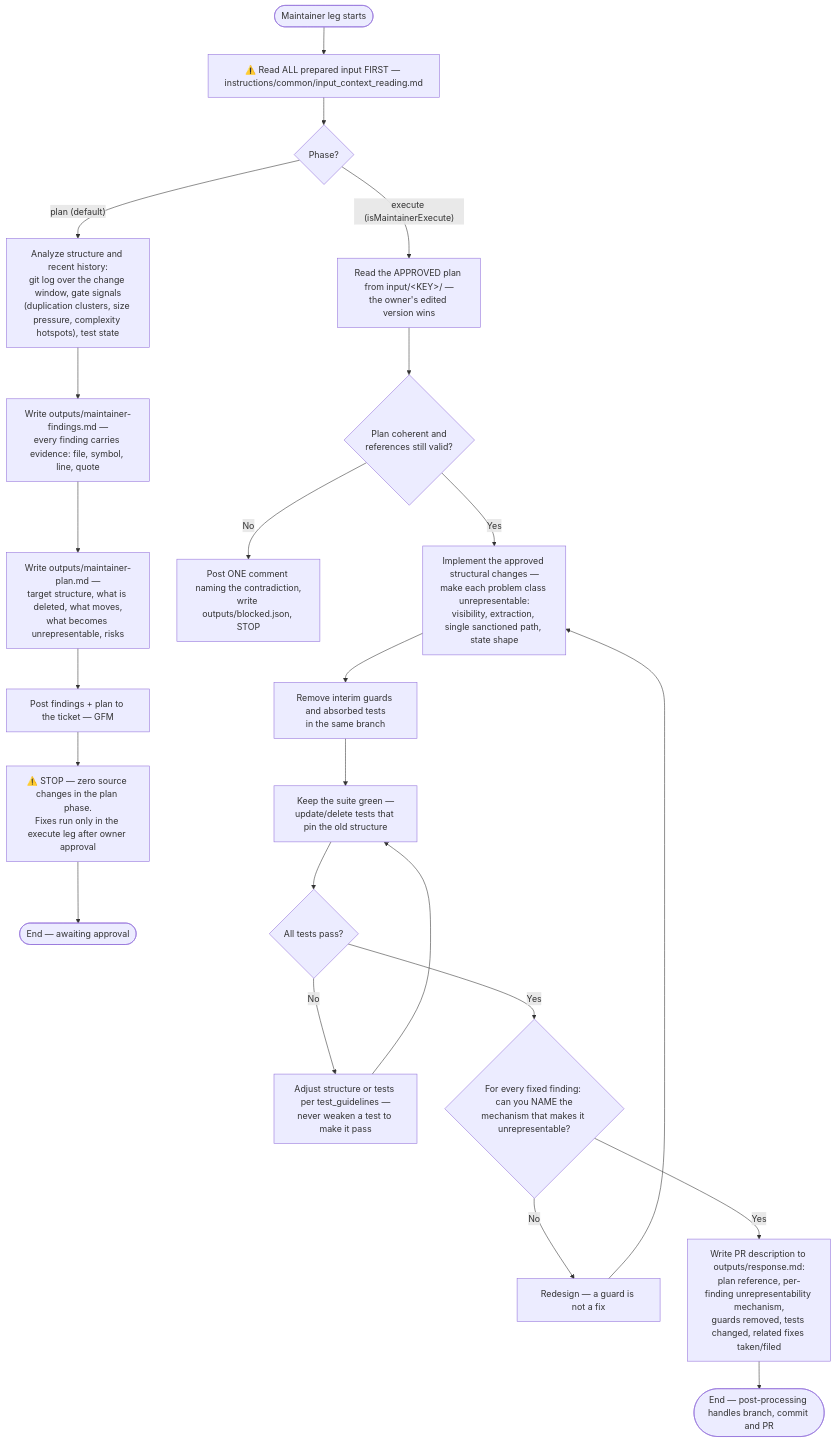
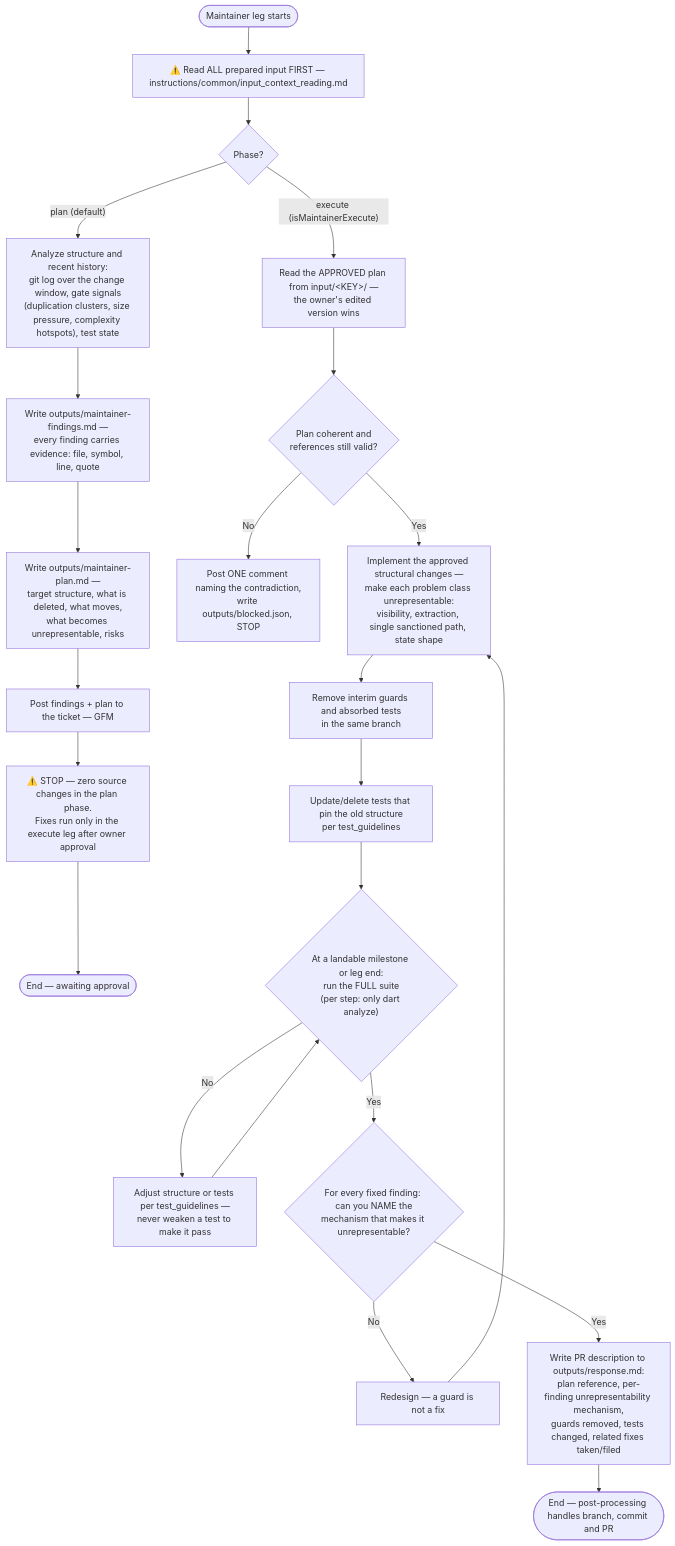
Before and after one commit to IstiN/dmtools-agents: the diagram in instructions/maintainer/general_guidelines.md, drawn with Mermaid. The commit also changed 2 other files, not shown here.

Commit message:
fix(maintainer): verification cadence — analyze per step, full suite at milestones only
Pilot finding (fa auto-compaction maintainer leg): the ambiguous 'Keep the
suite green' + 'each step independently landable' wording made the agent run
5 full 14k-test gates per leg (~60-70% of wall). Mid-rework states are
transit, not architecture: per step only 'dart analyze' (the affected-test
set is transitive — any targeted selection is a guess); the full suite runs
at the plan-marked landable milestone groups and before finishing; red
transit tests are reconciled at milestones by the test_guidelines
case-1/case-2 rule, never patched on transit (a mid-rework fix lands in a
shape the next step demolishes).

````diff
--- a/instructions/maintainer/general_guidelines.md
+++ b/instructions/maintainer/general_guidelines.md
@@ -1,25 +1,25 @@
 ```mermaid
 flowchart TD
     START([Maintainer leg starts]) --> READ["⚠️ Read ALL prepared input FIRST — instructions/common/input_context_reading.md"]
     READ --> PHASE{Phase?}
     PHASE -->|"plan (default)"| ANALYZE["Analyze structure and recent history:<br/>git log over the change window, gate signals<br/>(duplication clusters, size pressure, complexity hotspots), test state"]
     ANALYZE --> FINDINGS["Write outputs/maintainer-findings.md —<br/>every finding carries evidence: file, symbol, line, quote"]
     FINDINGS --> PLAN["Write outputs/maintainer-plan.md —<br/>target structure, what is deleted, what moves,<br/>what becomes unrepresentable, risks"]
     PLAN --> POST["Post findings + plan to the ticket — GFM"]
     POST --> STOP["⚠️ STOP — zero source changes in the plan phase.<br/>Fixes run only in the execute leg after owner approval"]
     STOP --> END_PLAN([End — awaiting approval])
     PHASE -->|"execute (isMaintainerExecute)"| APPROVED["Read the APPROVED plan from input/&lt;KEY&gt;/ —<br/>the owner's edited version wins"]
     APPROVED --> SCOPE{"Plan coherent and<br/>references still valid?"}
     SCOPE -->|No| ASK["Post ONE comment naming the contradiction,<br/>write outputs/blocked.json, STOP"]
     SCOPE -->|Yes| IMPLEMENT["Implement the approved structural changes —<br/>make each problem class unrepresentable:<br/>visibility, extraction, single sanctioned path, state shape"]
     IMPLEMENT --> GUARDS["Remove interim guards and absorbed tests<br/>in the same branch"]
-    GUARDS --> TESTS["Keep the suite green —<br/>update/delete tests that pin the old structure"]
-    TESTS --> GREEN{All tests pass?}
-    GREEN -->|No| FIX["Adjust structure or tests per test_guidelines —<br/>never weaken a test to make it pass"]
-    FIX --> TESTS
-    GREEN -->|Yes| ACCEPT{"For every fixed finding: can you NAME the<br/>mechanism that makes it unrepresentable?"}
+    GUARDS --> TESTS["Update/delete tests that pin the old structure<br/>per test_guidelines"]
+    TESTS --> GATE{"At a landable milestone or leg end:<br/>run the FULL suite<br/>(per step: only dart analyze)"}
+    GATE -->|No| FIX["Adjust structure or tests per test_guidelines —<br/>never weaken a test to make it pass"]
+    FIX --> GATE
+    GATE -->|Yes| ACCEPT{"For every fixed finding: can you NAME the<br/>mechanism that makes it unrepresentable?"}
     ACCEPT -->|No| RETHINK["Redesign — a guard is not a fix"]
     RETHINK --> IMPLEMENT
     ACCEPT -->|Yes| PR["Write PR description to outputs/response.md:<br/>plan reference, per-finding unrepresentability mechanism,<br/>guards removed, tests changed, related fixes taken/filed"]
     PR --> END_EXECUTE([End — post-processing handles branch, commit and PR])
 ```
````
